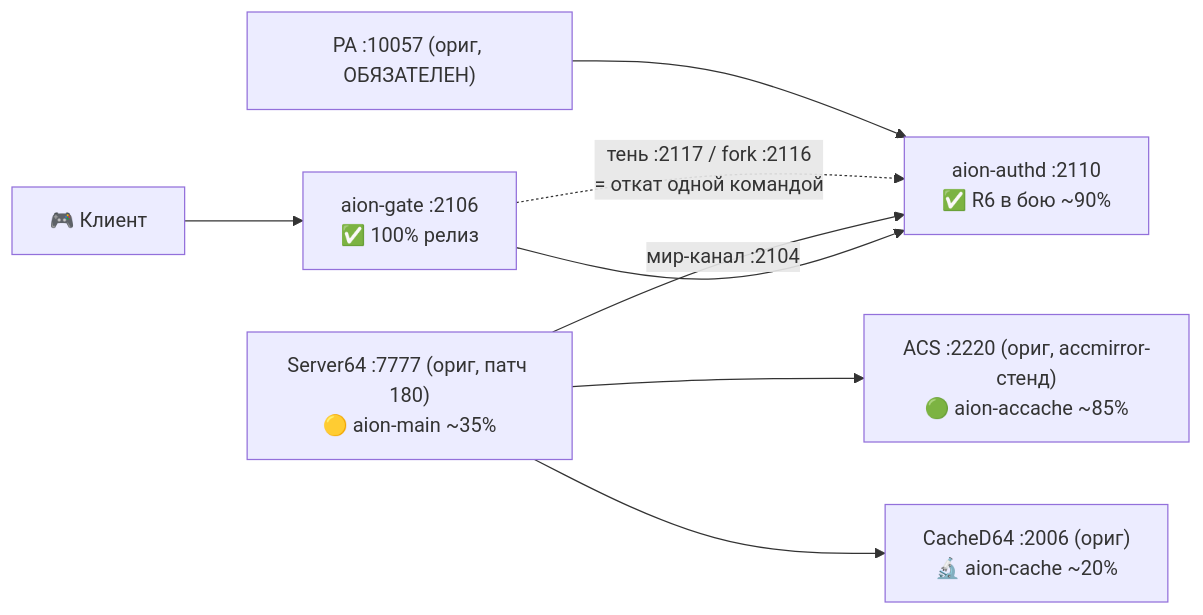
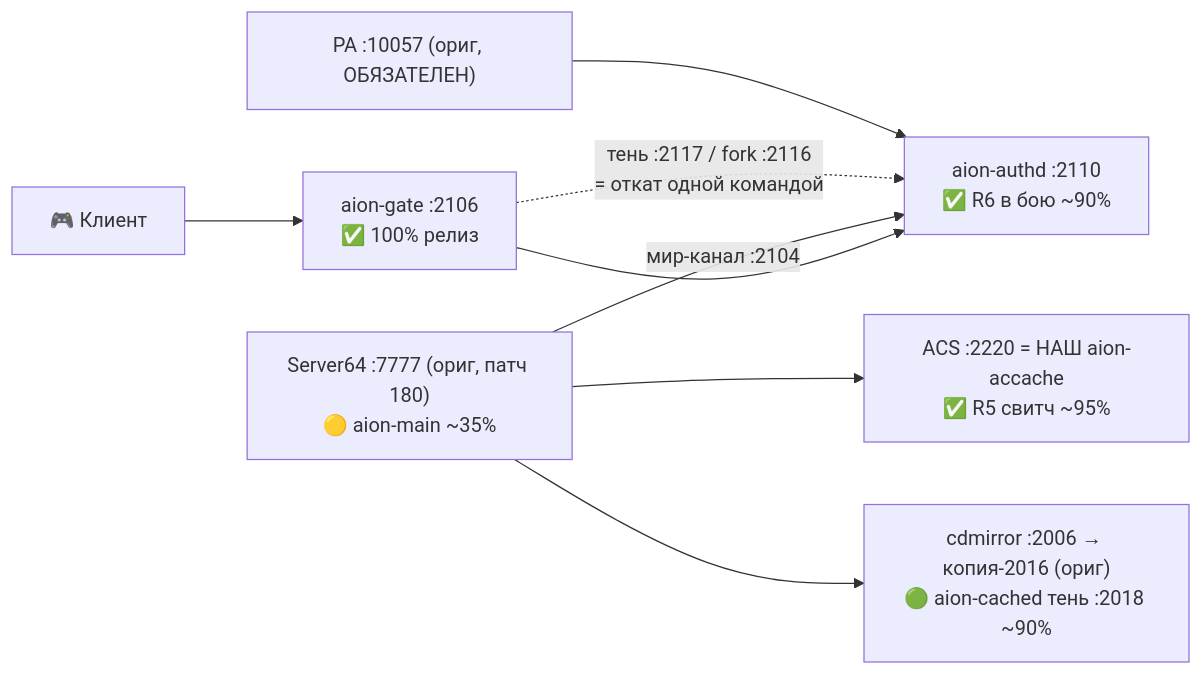
Before and after one commit to stelgen/AION-7.7-EUR-SERVER: the first of 2 diagrams in nextgen/README.md, drawn with Mermaid. The commit also changed other lines of this file and 9 other files, not shown here.

````diff
--- a/nextgen/README.md
+++ b/nextgen/README.md
@@ -62,10 +62,10 @@
 ```mermaid
 flowchart LR
   C["🎮 Клиент"] --> G["aion-gate :2106<br/>✅ 100% релиз"]
   G --> A["aion-authd :2110<br/>✅ R6 в бою ~90%"]
   W["Server64 :7777 (ориг, патч 180)<br/>🟡 aion-main ~35%"] -->|"мир-канал :2104"| A
-  W --> ACS["ACS :2220 (ориг, accmirror-стенд)<br/>🟢 aion-accache ~85%"]
-  W --> CD["CacheD64 :2006 (ориг)<br/>🔬 aion-cache ~20%"]
+  W --> ACS["ACS :2220 = НАШ aion-accache<br/>✅ R5 свитч ~95%"]
+  W --> CD["cdmirror :2006 → копия-2016 (ориг)<br/>🟢 aion-cached тень :2018 ~90%"]
   G -. "тень :2117 / fork :2116<br/>= откат одной командой" .-> A
   PA["PA :10057 (ориг, ОБЯЗАТЕЛЕН)"] --> A
 ```
````
